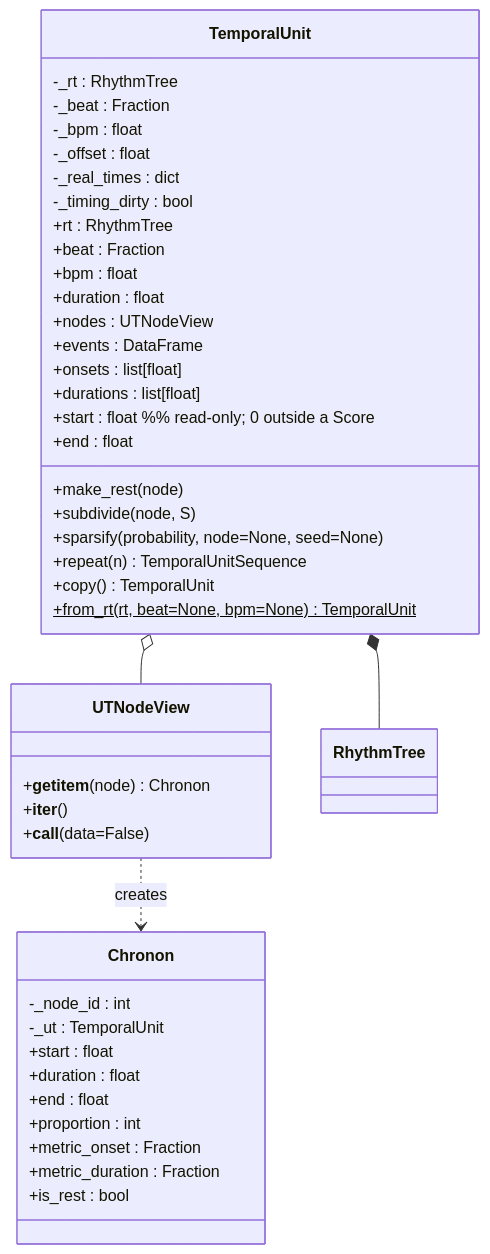
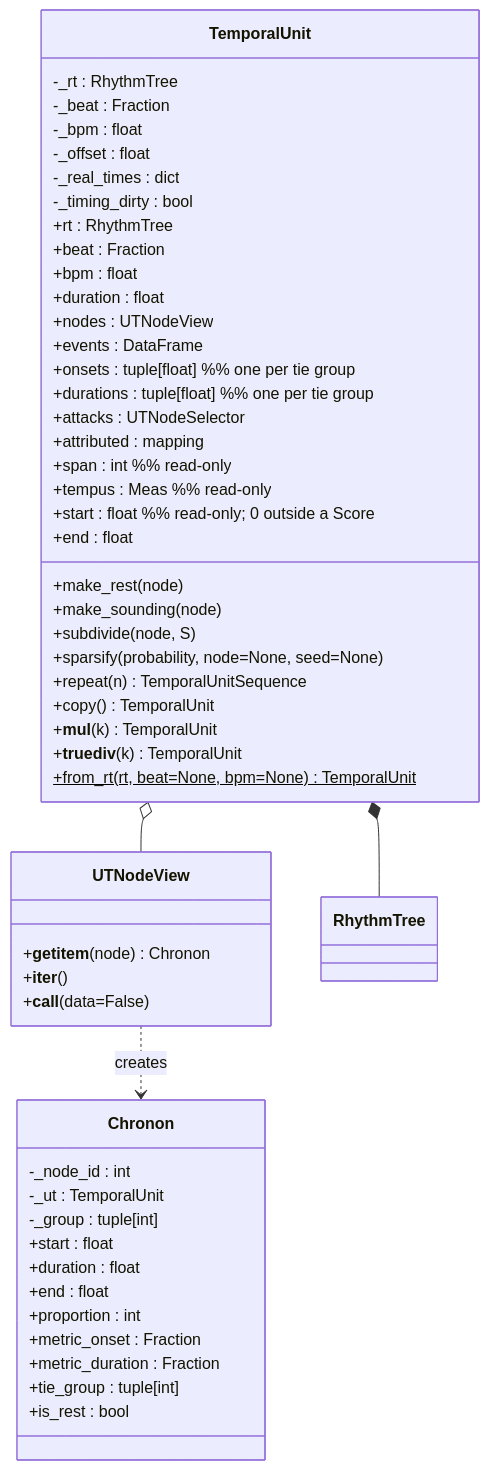
The third of 7 diagrams in docs/architecture/02_CHRONOS.md (kr4g/Klotho), drawn with Mermaid before and after one commit. The commit also changed other lines of this file and 1 other file, not shown here.

First line of the commit message:
docs: correct chronos/topos architecture against the Chapter-4 span

````diff
--- a/docs/architecture/02_CHRONOS.md
+++ b/docs/architecture/02_CHRONOS.md
@@ -200,49 +336,58 @@
 ```mermaid
 classDiagram
     class TemporalUnit {
         -_rt : RhythmTree
         -_beat : Fraction
         -_bpm : float
         -_offset : float
         -_real_times : dict
         -_timing_dirty : bool
         +rt : RhythmTree
         +beat : Fraction
         +bpm : float
         +duration : float
         +nodes : UTNodeView
         +events : DataFrame
-        +onsets : list[float]
-        +durations : list[float]
+        +onsets : tuple[float]   %% one per tie group
+        +durations : tuple[float] %% one per tie group
+        +attacks : UTNodeSelector
+        +attributed : mapping
+        +span : int    %% read-only
+        +tempus : Meas %% read-only
         +start : float  %% read-only; 0 outside a Score
         +end : float
         +make_rest(node)
+        +make_sounding(node)
         +subdivide(node, S)
         +sparsify(probability, node=None, seed=None)
         +repeat(n) TemporalUnitSequence
         +copy() TemporalUnit
+        +__mul__(k) TemporalUnit
+        +__truediv__(k) TemporalUnit
         +from_rt(rt, beat=None, bpm=None) TemporalUnit$
     }
 
     class Chronon {
         -_node_id : int
         -_ut : TemporalUnit
+        -_group : tuple[int]
         +start : float
         +duration : float
         +end : float
         +proportion : int
         +metric_onset : Fraction
         +metric_duration : Fraction
+        +tie_group : tuple[int]
         +is_rest : bool
     }
 
     class UTNodeView {
         +__getitem__(node) Chronon
         +__iter__()
         +__call__(data=False)
     }
 
     TemporalUnit *-- RhythmTree
     TemporalUnit o-- UTNodeView
     UTNodeView ..> Chronon : creates
 ```
````
